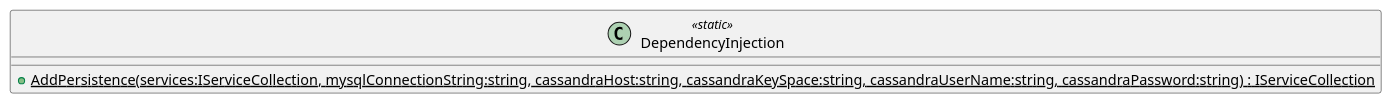
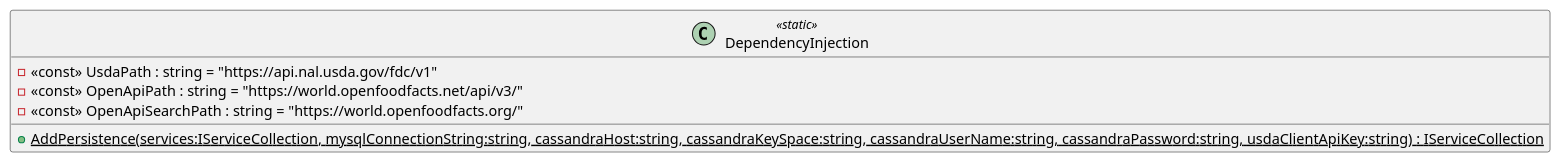
One commit to nikita-mlygin/ProperNutritionDiary changed the diagram in plantuml/src/Product/ProperNutritionDiary.Product.Persistence/DependencyInjection.puml. Above: the diagram before and after it, drawn with PlantUML. The commit also changed 166 other files, not shown here.

```diff
--- a/plantuml/src/Product/ProperNutritionDiary.Product.Persistence/DependencyInjection.puml
+++ b/plantuml/src/Product/ProperNutritionDiary.Product.Persistence/DependencyInjection.puml
@@ -1,5 +1,8 @@
 @startuml
 class DependencyInjection <<static>> {
-    + {static} AddPersistence(services:IServiceCollection, mysqlConnectionString:string, cassandraHost:string, cassandraKeySpace:string, cassandraUserName:string, cassandraPassword:string) : IServiceCollection
+    - <<const>> UsdaPath : string = "https://api.nal.usda.gov/fdc/v1"
+    - <<const>> OpenApiPath : string = "https://world.openfoodfacts.net/api/v3/"
+    - <<const>> OpenApiSearchPath : string = "https://world.openfoodfacts.org/"
+    + {static} AddPersistence(services:IServiceCollection, mysqlConnectionString:string, cassandraHost:string, cassandraKeySpace:string, cassandraUserName:string, cassandraPassword:string, usdaClientApiKey:string) : IServiceCollection
 }
 @enduml
```
